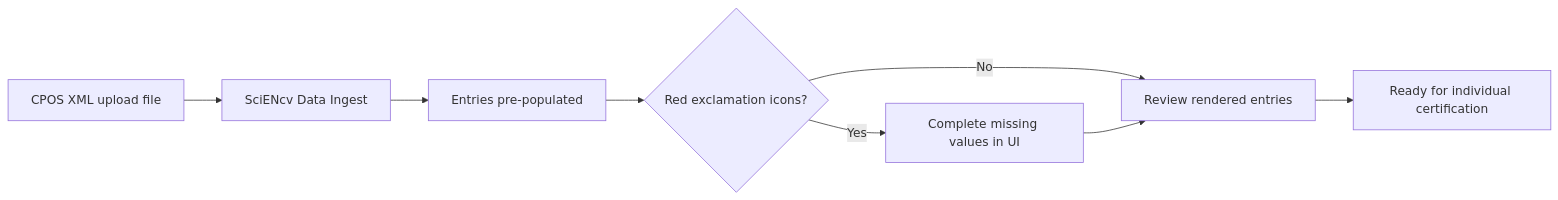
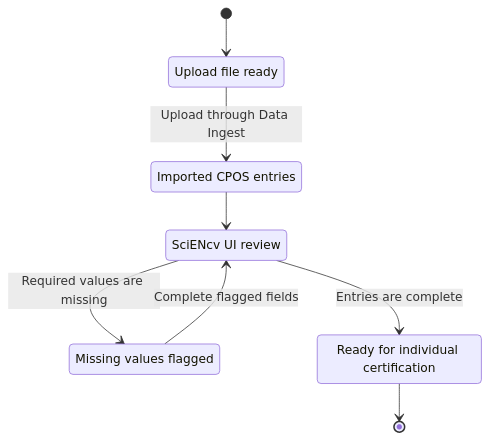
The first of 2 diagrams in docs/other-support/xml-upload/overview.md (FritscheLab/nih-sciencv-playbook), drawn with Mermaid before and after one commit. The commit also changed other lines of this file and 60 other files, not shown here.

Commit message:
feat: refresh NIH guidance and harden CPOS XML validation

````diff
--- a/docs/other-support/xml-upload/overview.md
+++ b/docs/other-support/xml-upload/overview.md
@@ -29,12 +29,18 @@
 ```mermaid
-flowchart LR
+stateDiagram-v2
+    direction TB
     accTitle: CPOS XML upload review loop
-    accDescr: XML upload starts with a simple upload file, then SciENcv imports data, flags missing values, and requires UI review before certification.
-    A["CPOS XML upload file"] --> B["SciENcv Data Ingest"]
-    B --> C["Entries pre-populated"]
-    C --> D{"Red exclamation icons?"}
-    D -- "Yes" --> E["Complete missing values in UI"]
-    D -- "No" --> F["Review rendered entries"]
-    E --> F
-    F --> G["Ready for individual certification"]
+    accDescr: A prepared XML file becomes imported CPOS entries. SciENcv review either identifies missing values that must be completed and reviewed again or reaches the certification-ready state.
+    state "Upload file ready" as UploadReady
+    state "Imported CPOS entries" as Imported
+    state "SciENcv UI review" as Review
+    state "Missing values flagged" as Incomplete
+    state "Ready for individual certification" as Ready
+    [*] --> UploadReady
+    UploadReady --> Imported: Upload through Data Ingest
+    Imported --> Review
+    Review --> Incomplete: Required values are missing
+    Incomplete --> Review: Complete flagged fields
+    Review --> Ready: Entries are complete
+    Ready --> [*]
 ```
````
